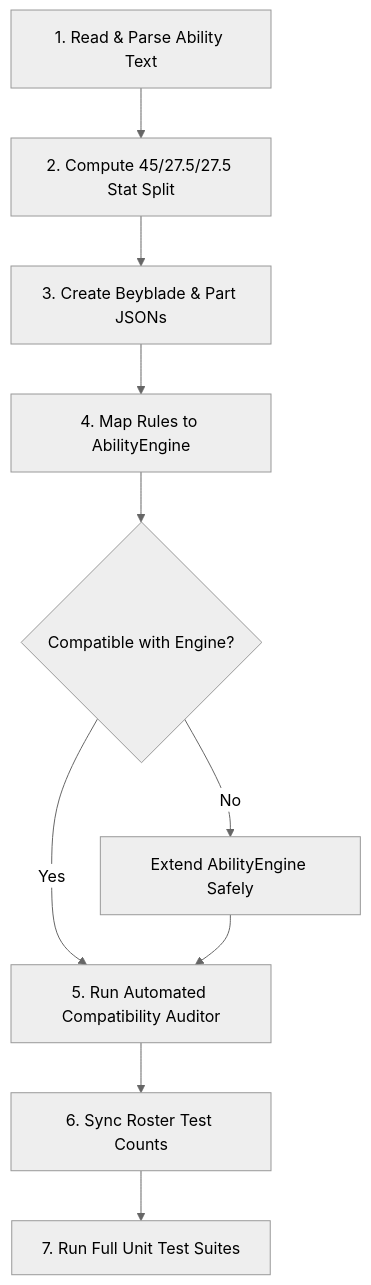
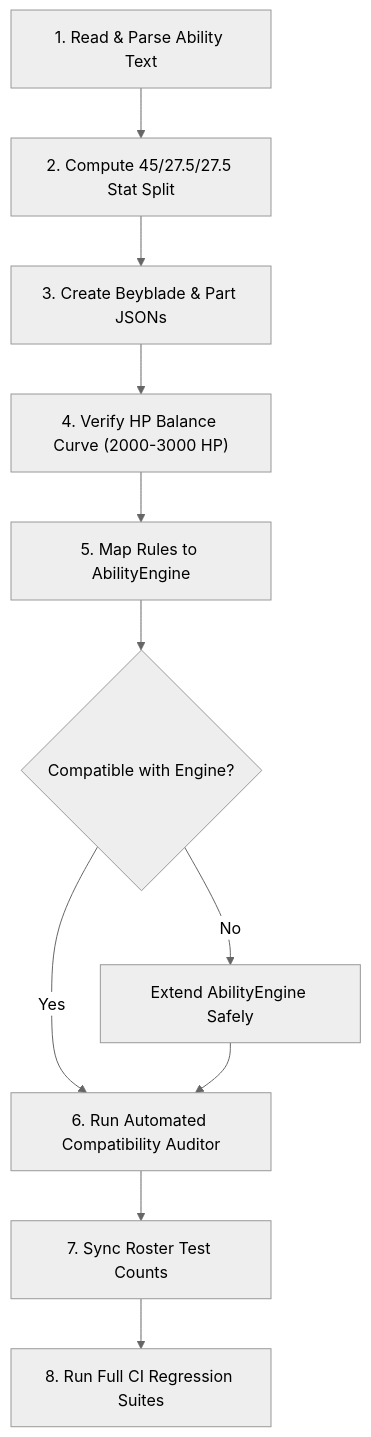
One commit to princekhan958282-arch/beybalde- changed the diagram in .agents/skills/beyblade-compatibility-auditor/SKILL.md. Above: the diagram before and after it, drawn with Mermaid (neutral theme). The commit also changed other lines of this file and 1 other file, not shown here.

Commit message:
feat(skill): add HP balance curve validation and CI pre-flight checks to beyblade-compatibility-auditor

````diff
--- a/.agents/skills/beyblade-compatibility-auditor/SKILL.md
+++ b/.agents/skills/beyblade-compatibility-auditor/SKILL.md
@@ -22,12 +24,13 @@
 ```mermaid
 flowchart TD
     A["1. Read & Parse Ability Text"] --> B["2. Compute 45/27.5/27.5 Stat Split"]
     B --> C["3. Create Beyblade & Part JSONs"]
-    C --> D["4. Map Rules to AbilityEngine"]
-    D --> E{"Compatible with Engine?"}
-    E -- Yes --> F["5. Run Automated Compatibility Auditor"]
-    E -- No --> G["Extend AbilityEngine Safely"]
-    G --> F
-    F --> H["6. Sync Roster Test Counts"]
-    H --> I["7. Run Full Unit Test Suites"]
+    C --> D["4. Verify HP Balance Curve (2000-3000 HP)"]
+    D --> E["5. Map Rules to AbilityEngine"]
+    E --> F{"Compatible with Engine?"}
+    F -- Yes --> G["6. Run Automated Compatibility Auditor"]
+    F -- No --> H["Extend AbilityEngine Safely"]
+    H --> G
+    G --> I["7. Sync Roster Test Counts"]
+    I --> J["8. Run Full CI Regression Suites"]
 ```
````
